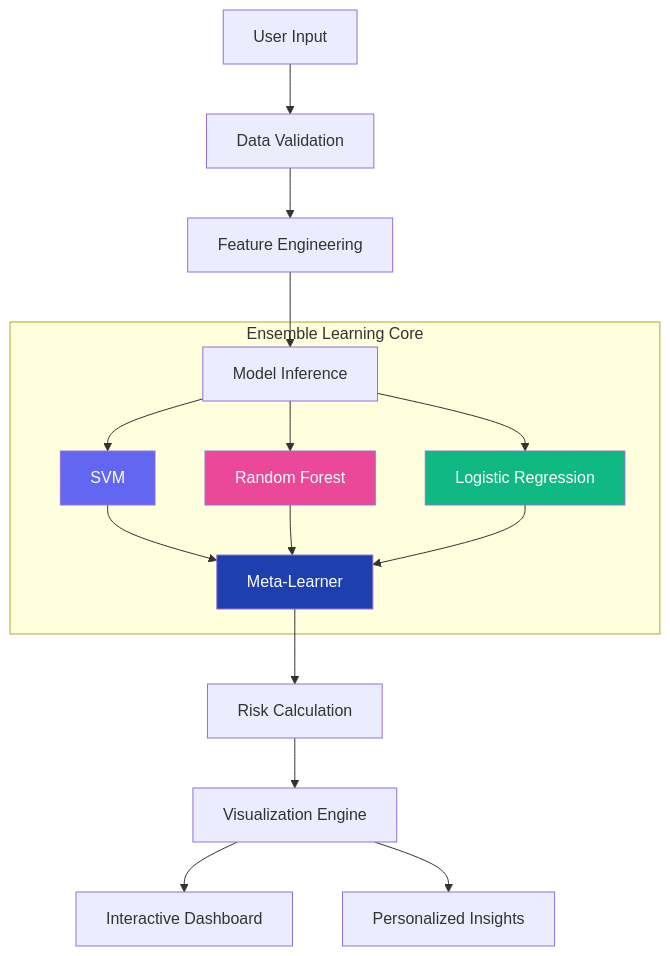
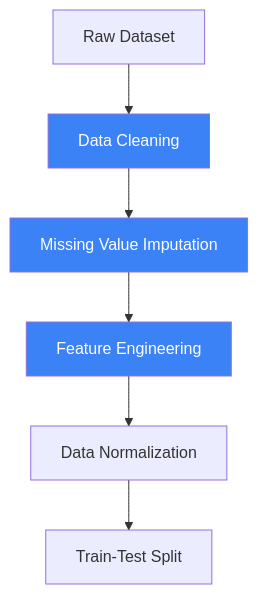
One commit to Dibyendu17122003/FEMALE-DIABETES-PREDICTION-ML changed the first of 5 diagrams in README.md. Above: the diagram before and after it, drawn with Mermaid. The commit also changed other lines of this file, not shown here.

````diff
--- a/README.md
+++ b/README.md
@@ -72,25 +102,12 @@
 ```mermaid
 flowchart TD
-    A[User Input] --> B[Data Validation]
-    B --> C[Feature Engineering]
-    C --> D[Model Inference]
+    A[Raw Dataset] --> B[Data Cleaning]
+    B --> C[Missing Value Imputation]
+    C --> D[Feature Engineering]
+    D --> E[Data Normalization]
+    E --> F[Train-Test Split]
     
-    subgraph "Ensemble Learning Core"
-        D --> E[SVM]
-        D --> F[Random Forest]
-        D --> G[Logistic Regression]
-        E --> H[Meta-Learner]
-        F --> H
-        G --> H
-    end
-    
-    H --> I[Risk Calculation]
-    I --> J[Visualization Engine]
-    J --> K[Interactive Dashboard]
-    J --> L[Personalized Insights]
-    
-    style E fill:#6366f1,color:white
-    style F fill:#ec4899,color:white
-    style G fill:#10b981,color:white
-    style H fill:#1e40af,color:white
+    style B fill:#3b82f6,color:white
+    style C fill:#3b82f6,color:white
+    style D fill:#3b82f6,color:white
 ```
````
